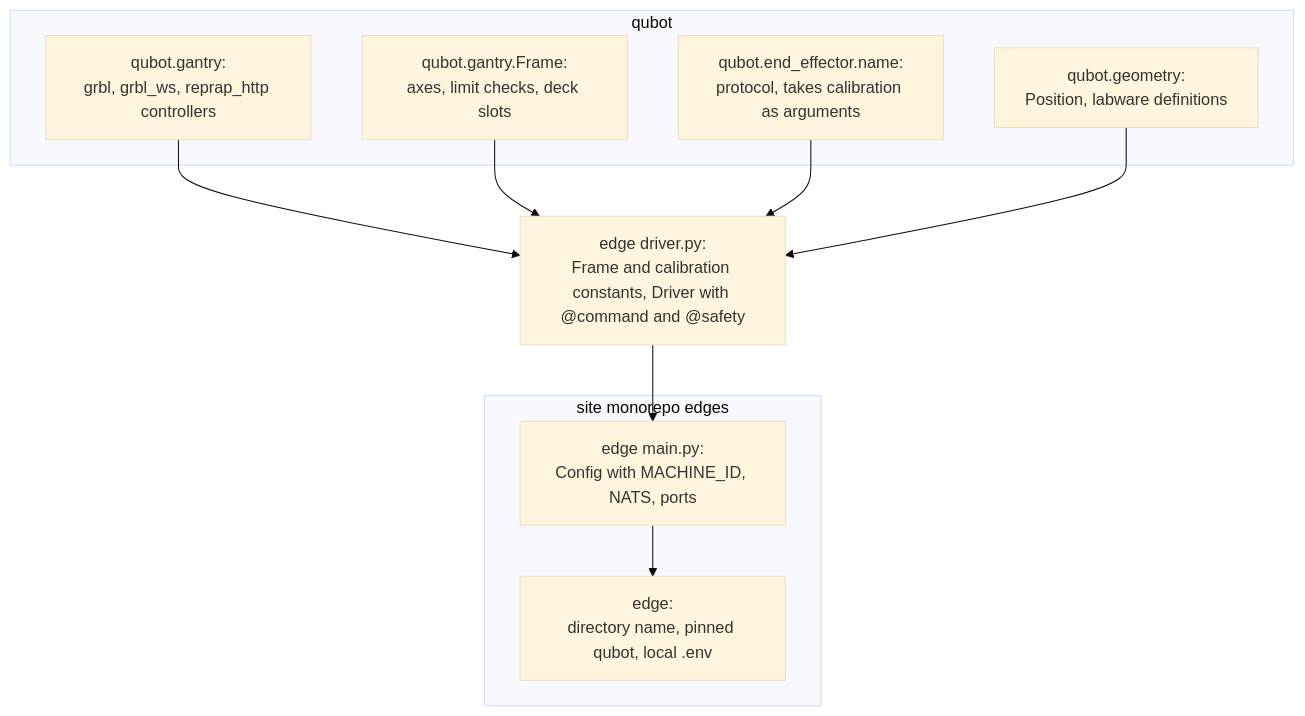
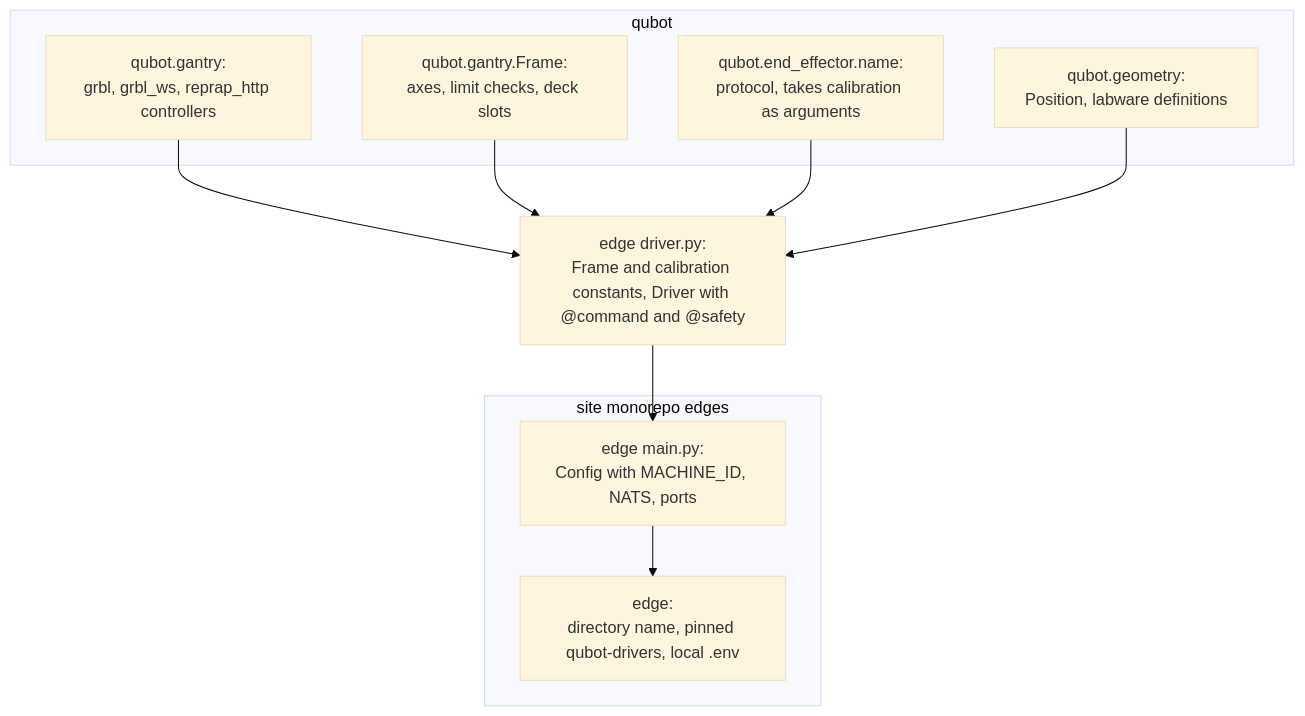
Before and after one commit to PUDAP/qubot: the diagram in README.md, drawn with Mermaid (base theme). The commit also changed other lines of this file and 4 other files, not shown here.

First line of the commit message:
build: Distribute as qubot-drivers; the import stays qubot.

````diff
--- a/README.md
+++ b/README.md
@@ -54,20 +60,20 @@
 ```mermaid
 flowchart TB
   subgraph sources [qubot]
     transport["qubot.gantry:<br/>grbl, grbl_ws, reprap_http controllers"]
     gantry["qubot.gantry.Frame:<br/>axes, limit checks, deck slots"]
     effector["qubot.end_effector.name:<br/>protocol, takes calibration as arguments"]
     geometry["qubot.geometry:<br/>Position, labware definitions"]
   end
   config["edge driver.py:<br/>Frame and calibration constants, Driver with @command and @safety"]
   transport --> config
   gantry --> config
   effector --> config
   geometry --> config
   subgraph built [site monorepo edges]
     module["edge main.py:<br/>Config with MACHINE_ID, NATS, ports"]
-    edge["edge:<br/>directory name, pinned qubot, local .env"]
+    edge["edge:<br/>directory name, pinned qubot-drivers, local .env"]
     module --> edge
   end
   config --> module
 ```
````
